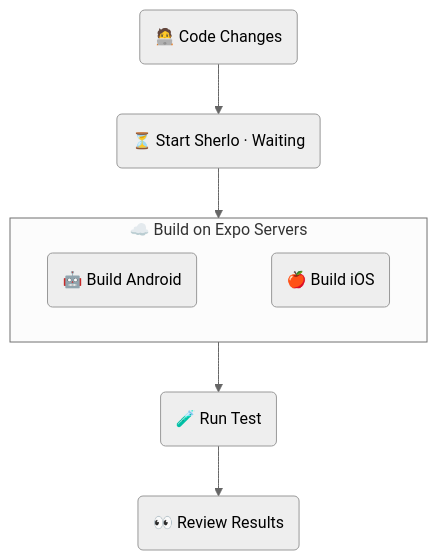
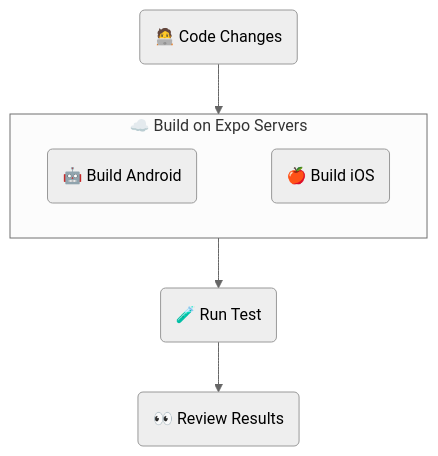
One commit to sherlo-io/sherlo changed the diagram in examples/eas-cloud-build/README.md. Above: the diagram before and after it, drawn with Mermaid (neutral theme). The commit also changed other lines of this file, not shown here.

Commit message:
no message

````diff
--- a/examples/eas-cloud-build/README.md
+++ b/examples/eas-cloud-build/README.md
@@ -14,17 +14,15 @@
 ```mermaid
 flowchart TB
    UI(🧑‍💻 Code Changes)
-   StartSherlo(⏳ Start Sherlo · Waiting)
    subgraph Cloud[☁️ Build on Expo Servers]
       Android(🤖 Build Android)
       iOS(🍎 Build iOS)
       Android ~~~ iOS
    end
    Test(🧪 Run Test)
    Review(👀 Review Results)
 
-   UI --> StartSherlo
-   StartSherlo --> Cloud
+   UI --> Cloud
    Cloud --> Test
    Test --> Review
 ```
````
